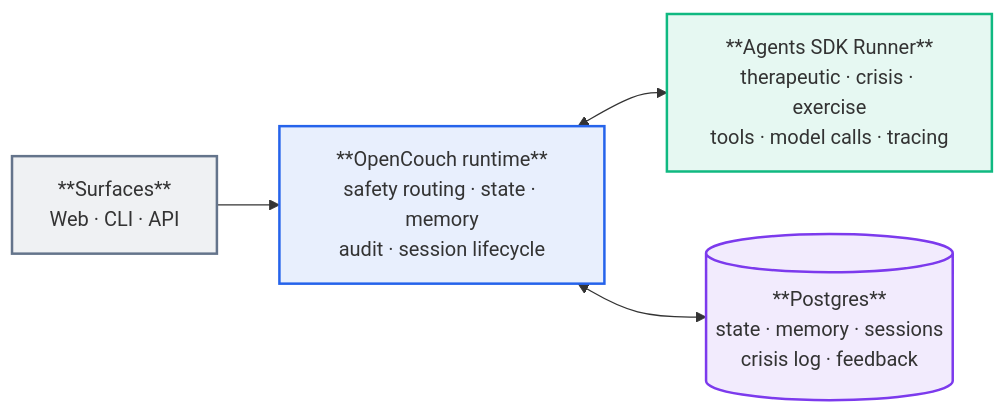
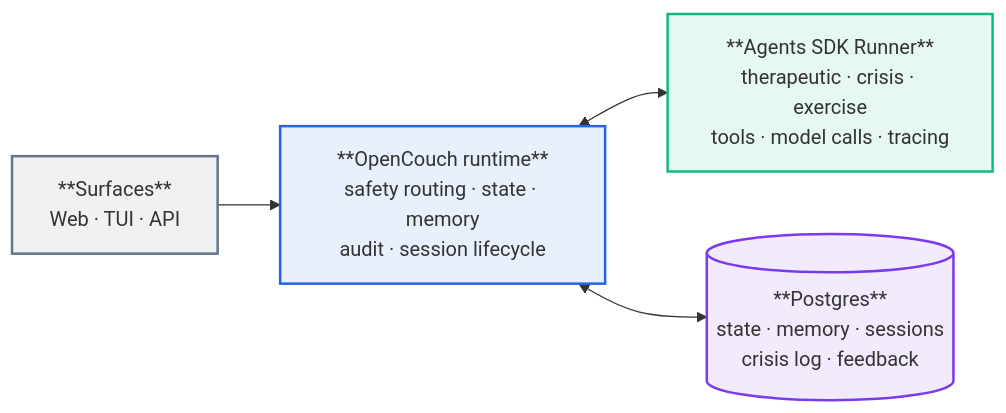
One commit to whanyu1212/OpenCouch changed the diagram in README.md. Above: the diagram before and after it, drawn with Mermaid. The commit also changed other lines of this file and 1 other file, not shown here.

````diff
--- a/README.md
+++ b/README.md
@@ -203,16 +219,16 @@
 ```mermaid
 flowchart LR
     classDef surf fill:#64748B1A,stroke:#64748B,stroke-width:2px
     classDef app fill:#2563EB1A,stroke:#2563EB,stroke-width:2px
     classDef sdk fill:#10B9811A,stroke:#10B981,stroke-width:2px
     classDef store fill:#7C3AED1A,stroke:#7C3AED,stroke-width:2px
 
-    SURF["**Surfaces**<br/>Web · CLI · API"]:::surf
+    SURF["**Surfaces**<br/>Web · TUI · API"]:::surf
     APP["**OpenCouch runtime**<br/>safety routing · state · memory<br/>audit · session lifecycle"]:::app
     SDK["**Agents SDK Runner**<br/>therapeutic · crisis · exercise<br/>tools · model calls · tracing"]:::sdk
     STORE[("**Postgres**<br/>state · memory · sessions<br/>crisis log · feedback")]:::store
 
     SURF --> APP
     APP <--> SDK
     APP <--> STORE
 ```
````
